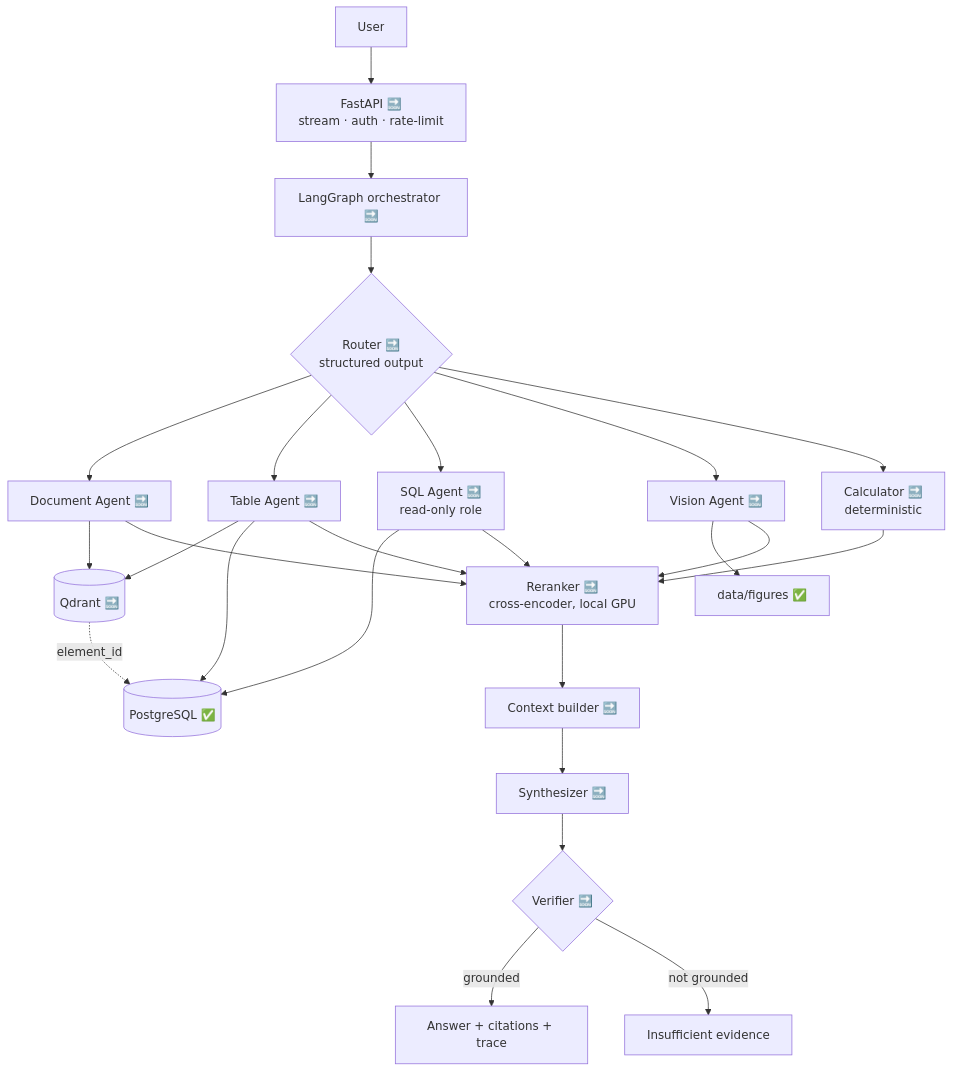
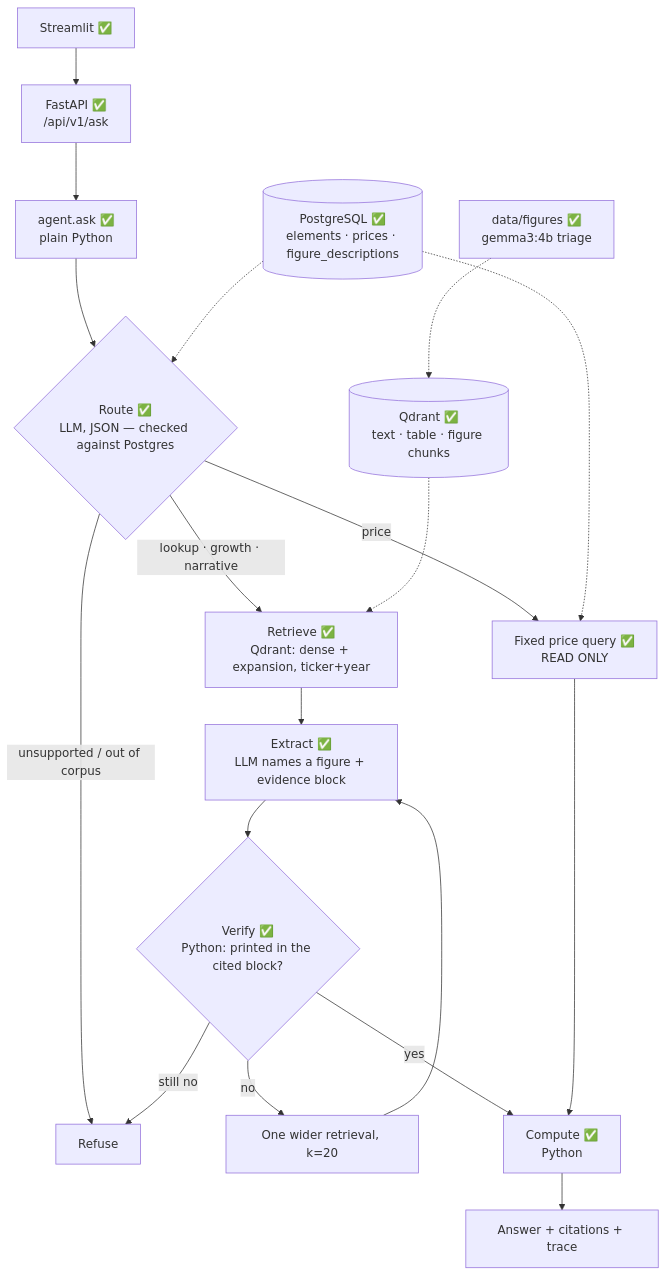
One commit to PreeyasTumulu/MULTIMODAL_AGENTIC_RAG changed the first of 2 diagrams in docs/architecture/overview.md. Above: the diagram before and after it, drawn with Mermaid. The commit also changed other lines of this file and 38 other files, not shown here.

Commit message:
added the local llm lamma3.1

````diff
--- a/docs/architecture/overview.md
+++ b/docs/architecture/overview.md
@@ -21,27 +23,24 @@
 ```mermaid
 flowchart TB
-    U["User"] --> API["FastAPI 🔜<br/>stream · auth · rate-limit"]
-    API --> LG["LangGraph orchestrator 🔜"]
-    LG --> R{"Router 🔜<br/>structured output"}
+    UI["Streamlit ✅"] --> API["FastAPI ✅<br/>/api/v1/ask"]
+    API --> AG["agent.ask ✅<br/>plain Python"]
+    AG --> R{"Route ✅<br/>LLM, JSON — checked against Postgres"}
 
-    R --> DA["Document Agent 🔜"]
-    R --> TA["Table Agent 🔜"]
-    R --> SA["SQL Agent 🔜<br/>read-only role"]
-    R --> VA["Vision Agent 🔜"]
-    R --> CA["Calculator 🔜<br/>deterministic"]
+    R -->|price| PQ["Fixed price query ✅<br/>READ ONLY"]
+    R -->|unsupported / out of corpus| ABS["Refuse"]
+    R -->|lookup · growth · narrative| RET["Retrieve ✅<br/>Qdrant: dense + expansion, ticker+year"]
 
-    DA --> QD[("Qdrant 🔜")]
-    TA --> QD
-    TA --> PG
-    SA --> PG[("PostgreSQL ✅")]
-    VA --> FIG["data/figures ✅"]
+    RET --> EX["Extract ✅<br/>LLM names a figure + evidence block"]
+    EX --> VF{"Verify ✅<br/>Python: printed in the cited block?"}
+    VF -->|no| RETRY["One wider retrieval, k=20"]
+    RETRY --> EX
+    VF -->|still no| ABS
+    VF -->|yes| CALC["Compute ✅<br/>Python"]
+    PQ --> CALC
+    CALC --> ANS["Answer + citations + trace"]
 
-    QD -.element_id.-> PG
-
-    DA & TA & SA & VA & CA --> RR["Reranker 🔜<br/>cross-encoder, local GPU"]
-    RR --> CB["Context builder 🔜"]
-    CB --> SY["Synthesizer 🔜"]
-    SY --> VF{"Verifier 🔜"}
-    VF -->|grounded| ANS["Answer + citations + trace"]
-    VF -->|not grounded| ABS["Insufficient evidence"]
+    PG[("PostgreSQL ✅<br/>elements · prices · figure_descriptions")] -.-> R
+    PG -.-> PQ
+    FIG["data/figures ✅<br/>gemma3:4b triage"] -.-> QD[("Qdrant ✅<br/>text · table · figure chunks")]
+    QD -.-> RET
 ```
````
